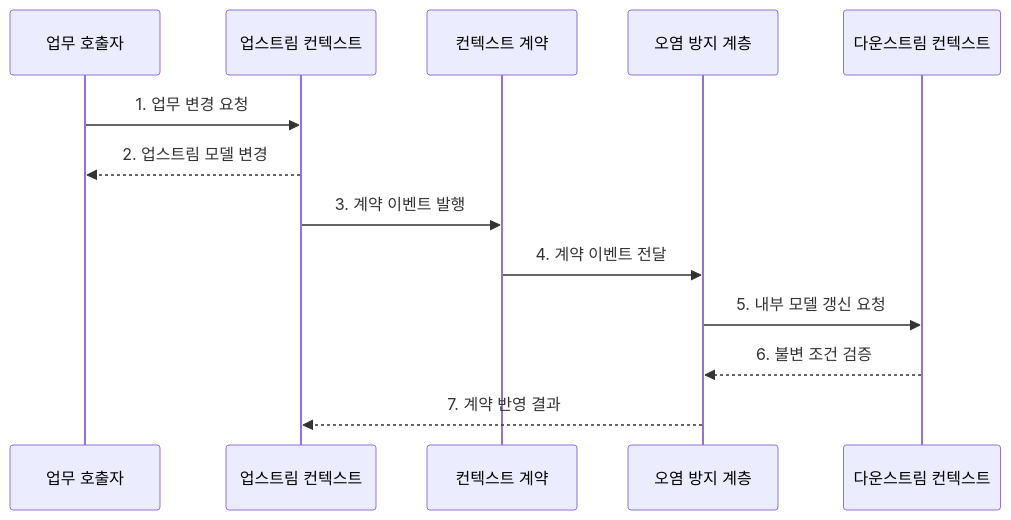
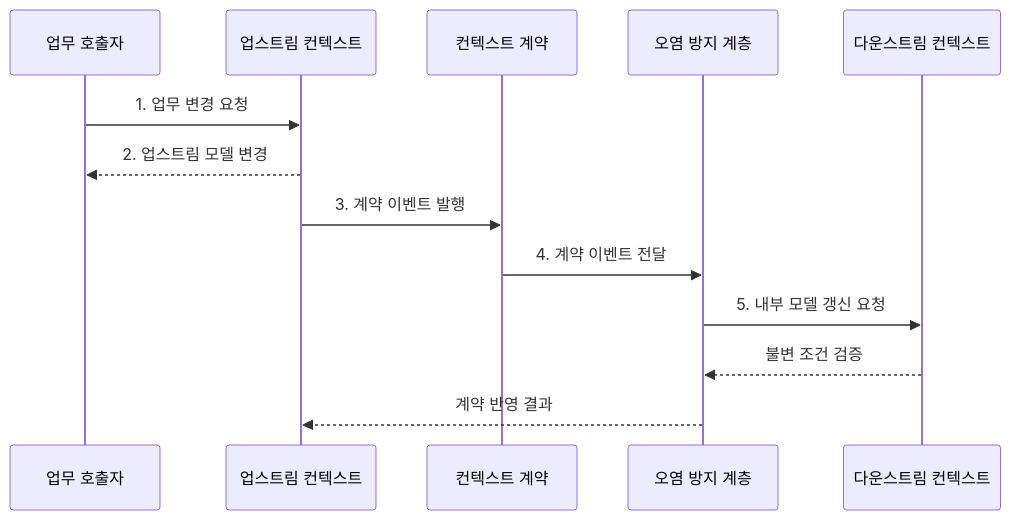
The second of 2 diagrams in src/content/docs/notes/03-software/050_bounded_context.md (agnusdei1207/knowledge-base), drawn with Mermaid before and after one commit. The commit also changed other lines of this file and 238 other files, not shown here.

````diff
--- a/src/content/docs/notes/03-software/050_bounded_context.md
+++ b/src/content/docs/notes/03-software/050_bounded_context.md
@@ -82,15 +84,15 @@
 ```mermaid
 sequenceDiagram
     participant A as 업무 호출자
     participant U as 업스트림 컨텍스트
     participant C as 컨텍스트 계약
     participant L as 오염 방지 계층
     participant D as 다운스트림 컨텍스트
     A->>U: 1. 업무 변경 요청
     U-->>A: 2. 업스트림 모델 변경
     U->>C: 3. 계약 이벤트 발행
     C->>L: 4. 계약 이벤트 전달
     L->>D: 5. 내부 모델 갱신 요청
-    D-->>L: 6. 불변 조건 검증
-    L-->>U: 7. 계약 반영 결과
+    D-->>L: 불변 조건 검증
+    L-->>U: 계약 반영 결과
 ```
````
